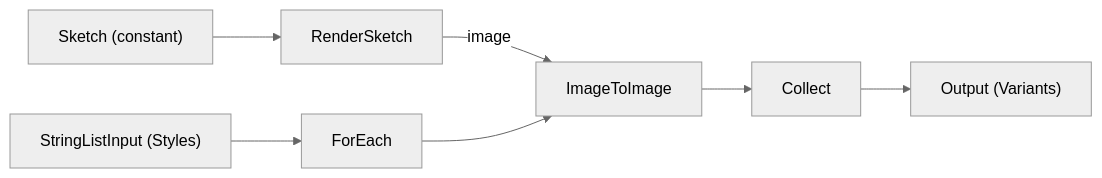
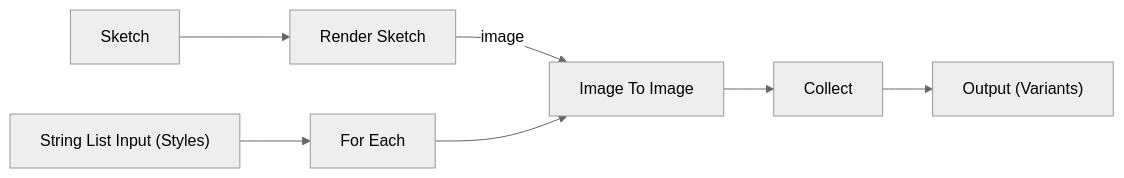
Before and after one commit to nodetool-ai/nodetool: the fifth of 8 diagrams in docs/cookbook/patterns.md, drawn with Mermaid (neutral theme). The commit also changed other lines of this file and 2 other files, not shown here.

```diff
--- a/docs/cookbook/patterns.md
+++ b/docs/cookbook/patterns.md
@@ -207,12 +207,12 @@
 {% mermaid %}
 graph LR
-  sketch["Sketch (constant)"]
-  render["RenderSketch"]
-  styles["StringListInput (Styles)"]
-  each["ForEach"]
-  img["ImageToImage"]
+  sketch["Sketch"]
+  render["Render Sketch"]
+  styles["String List Input (Styles)"]
+  each["For Each"]
+  img["Image To Image"]
   collect["Collect"]
   out["Output (Variants)"]
   sketch --> render -->|image| img
   styles --> each --> img --> collect --> out
 {% endmermaid %}
```
